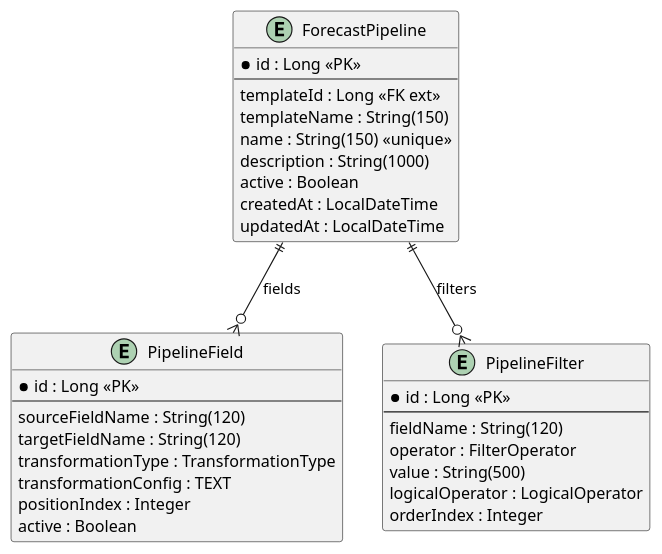
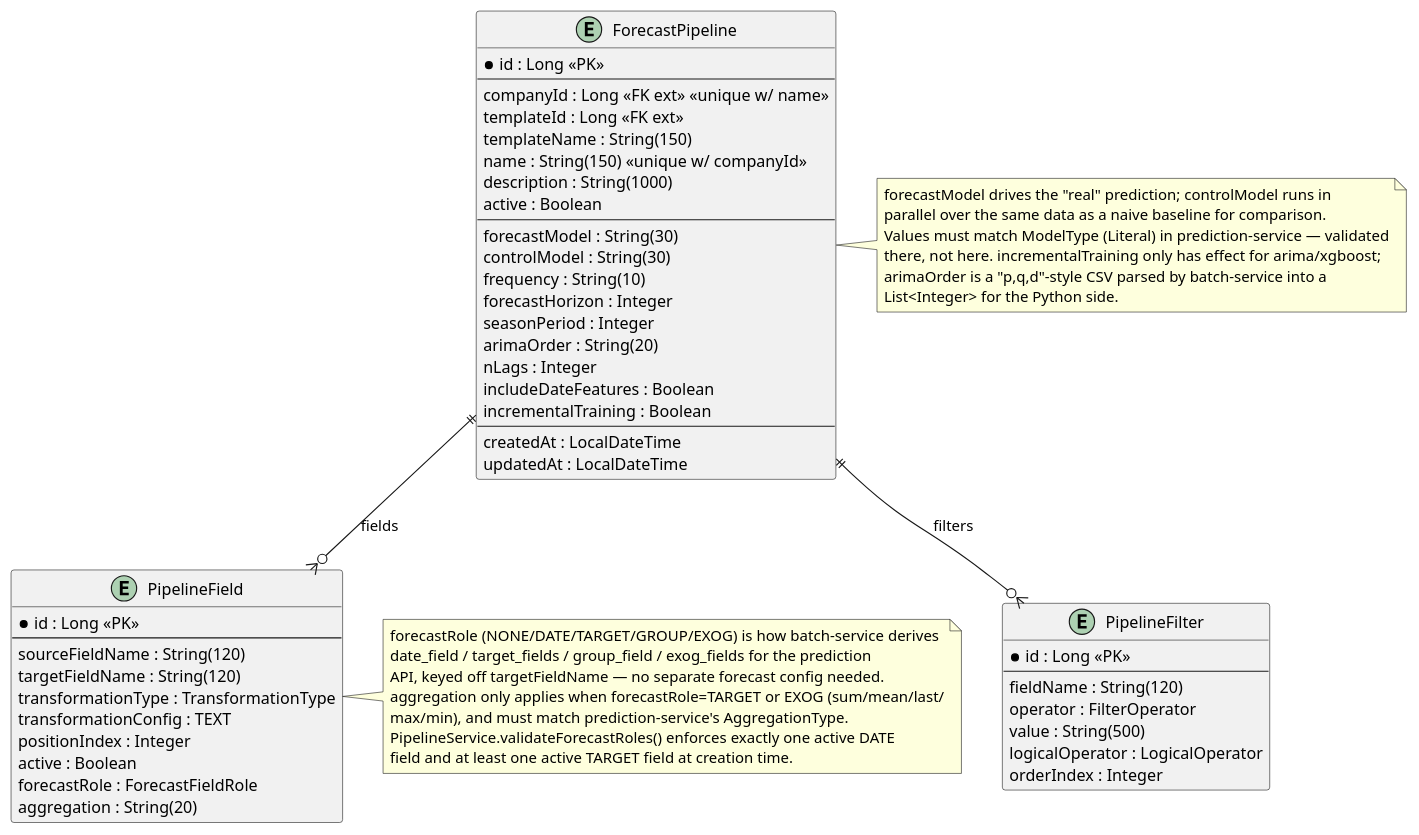
Before and after one commit to paulo-uab/salesPrevision: the diagram in docs/plantuml/03-erd-pipeline-service.puml, drawn with PlantUML. The commit also changed 48 other files, not shown here.

```diff
--- a/docs/plantuml/03-erd-pipeline-service.puml
+++ b/docs/plantuml/03-erd-pipeline-service.puml
@@ -1,37 +1,71 @@
 @startuml pipeline-erd
 entity "ForecastPipeline" as P {
   * id : Long <<PK>>
   --
+  companyId : Long <<FK ext>> <<unique w/ name>>
   templateId : Long <<FK ext>>
   templateName : String(150)
-  name : String(150) <<unique>>
+  name : String(150) <<unique w/ companyId>>
   description : String(1000)
   active : Boolean
+  --
+  ' Forecast/prediction-service config — see note
+  forecastModel : String(30)
+  controlModel : String(30)
+  frequency : String(10)
+  forecastHorizon : Integer
+  seasonPeriod : Integer
+  arimaOrder : String(20)
+  nLags : Integer
+  includeDateFeatures : Boolean
+  incrementalTraining : Boolean
+  --
   createdAt : LocalDateTime
   updatedAt : LocalDateTime
 }
+
+note right of P
+  forecastModel drives the "real" prediction; controlModel runs in
+  parallel over the same data as a naive baseline for comparison.
+  Values must match ModelType (Literal) in prediction-service — validated
+  there, not here. incrementalTraining only has effect for arima/xgboost;
+  arimaOrder is a "p,q,d"-style CSV parsed by batch-service into a
+  List<Integer> for the Python side.
+end note
 
 entity "PipelineField" as PF {
   * id : Long <<PK>>
   --
   sourceFieldName : String(120)
   targetFieldName : String(120)
   transformationType : TransformationType
   transformationConfig : TEXT
   positionIndex : Integer
   active : Boolean
+  forecastRole : ForecastFieldRole
+  aggregation : String(20)
 }
+
+note right of PF
+  forecastRole (NONE/DATE/TARGET/GROUP/EXOG) is how batch-service derives
+  date_field / target_fields / group_field / exog_fields for the prediction
+  API, keyed off targetFieldName — no separate forecast config needed.
+  aggregation only applies when forecastRole=TARGET or EXOG (sum/mean/last/
+  max/min), and must match prediction-service's AggregationType.
+  PipelineService.validateForecastRoles() enforces exactly one active DATE
+  field and at least one active TARGET field at creation time.
+end note
 
 entity "PipelineFilter" as PFI {
   * id : Long <<PK>>
   --
   fieldName : String(120)
   operator : FilterOperator
   value : String(500)
   logicalOperator : LogicalOperator
   orderIndex : Integer
 }
 
 P ||--o{ PF : "fields"
 P ||--o{ PFI : "filters"
 @enduml
```
